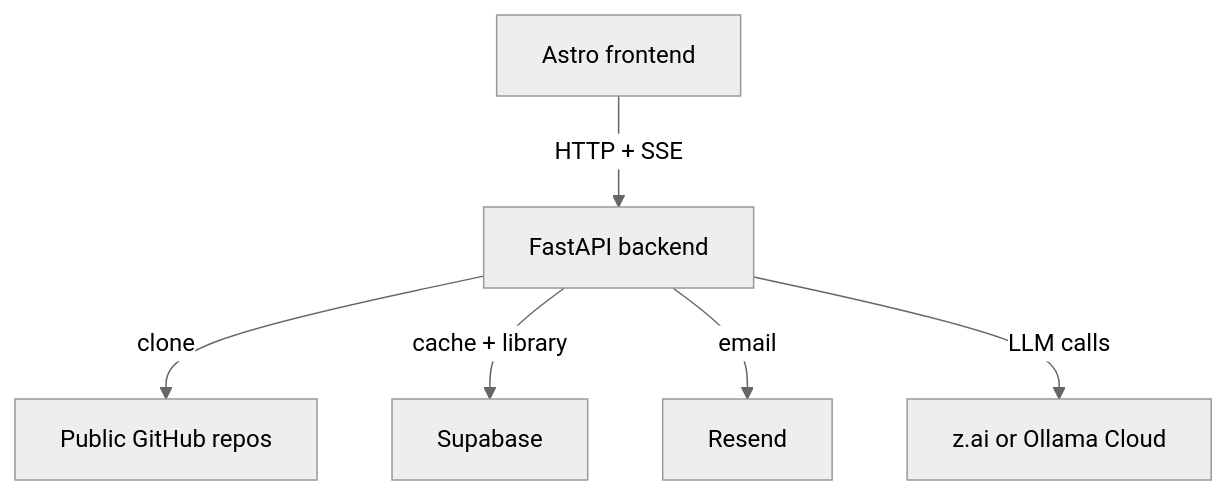
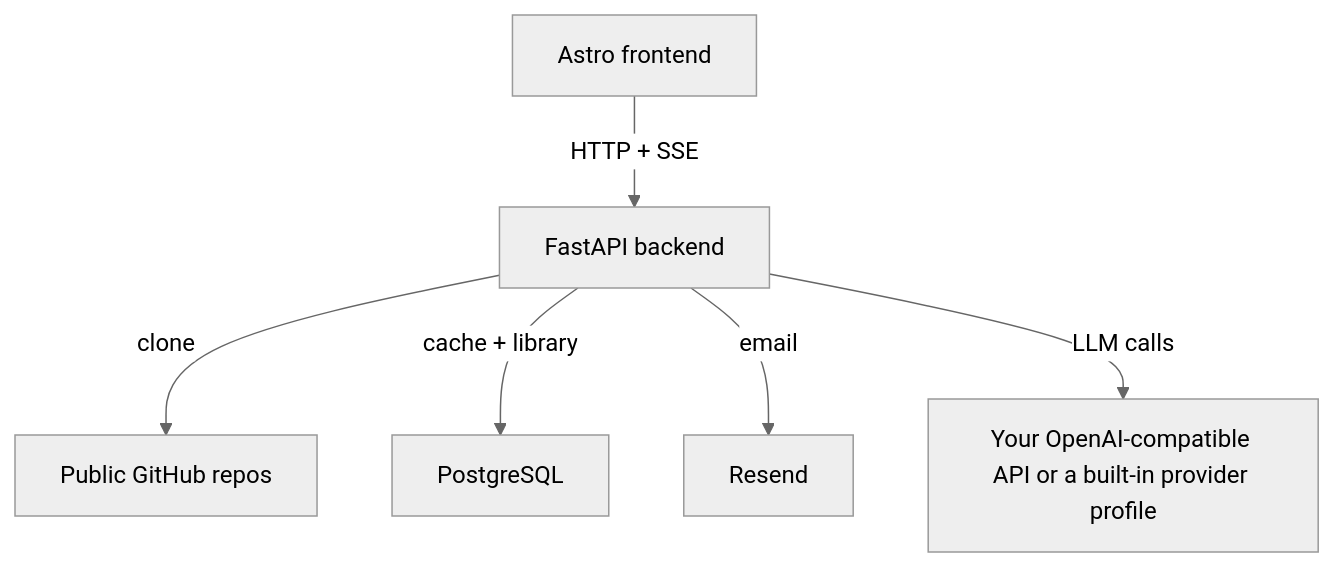
One commit to 686f6c61/iwtbi changed the second of 2 diagrams in README.md. Above: the diagram before and after it, drawn with Mermaid (neutral theme). The commit also changed other lines of this file and 115 other files, not shown here.

````diff
--- a/README.md
+++ b/README.md
@@ -43,8 +43,8 @@
 ```mermaid
 flowchart TB
     Browser["Astro frontend"] -->|HTTP + SSE| API["FastAPI backend"]
     API -->|clone| GitHub["Public GitHub repos"]
-    API -->|cache + library| Supabase["Supabase"]
+    API -->|cache + library| Postgres["PostgreSQL"]
     API -->|email| Resend["Resend"]
-    API -->|LLM calls| Provider["z.ai or Ollama Cloud"]
+    API -->|LLM calls| Provider["Your OpenAI-compatible API or a built-in provider profile"]
 ```
````
